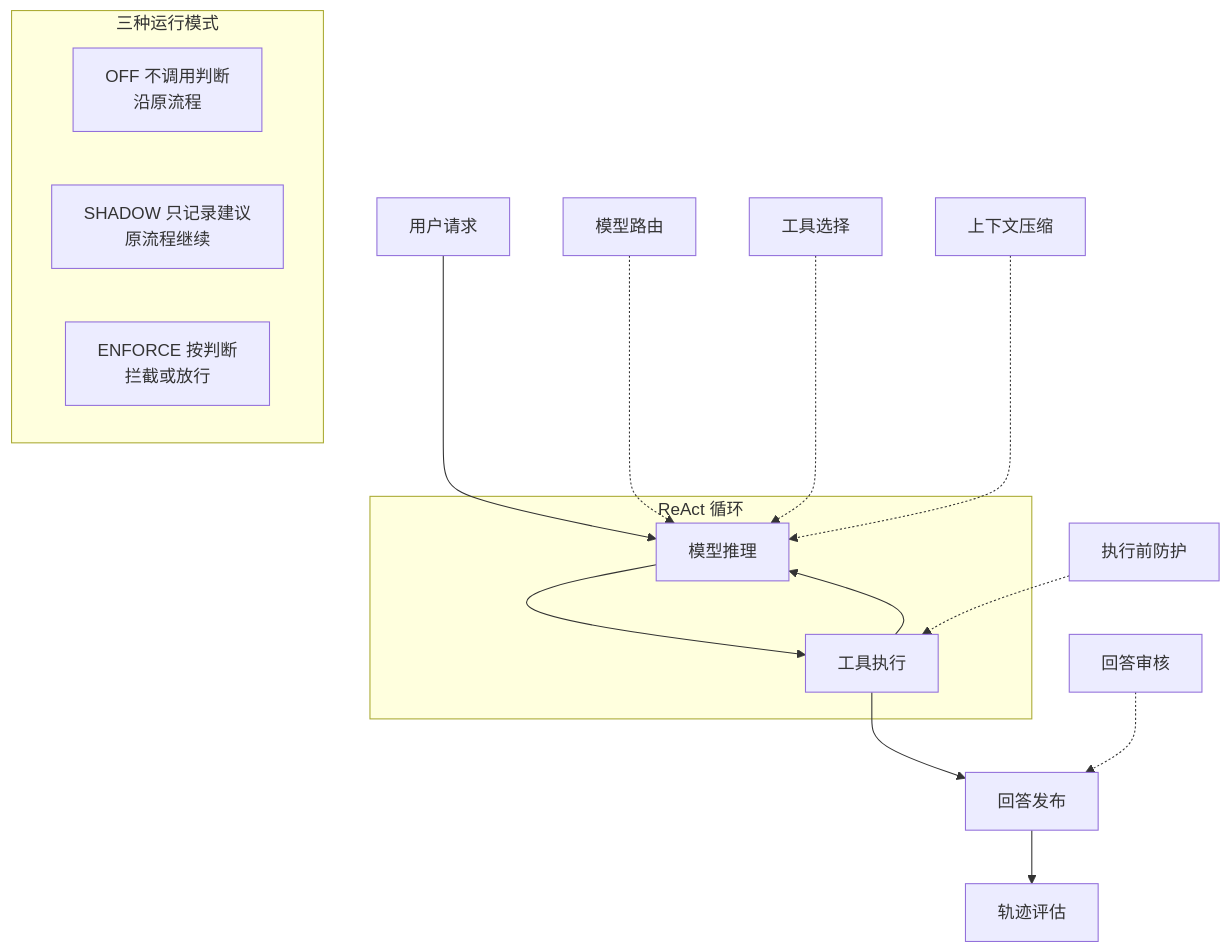
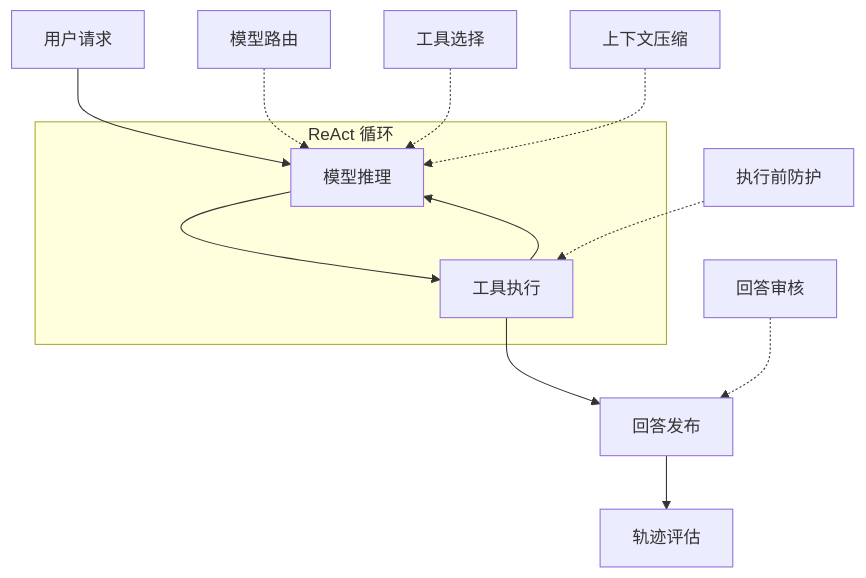
Before and after one commit to ybak/agentscope-2.0-tutorial: the diagram in chapters/35-jev-concepts.md, drawn with Mermaid. The commit also changed other lines of this file, not shown here.

````diff
--- a/chapters/35-jev-concepts.md
+++ b/chapters/35-jev-concepts.md
@@ -86,20 +104,15 @@
 ```mermaid
 flowchart TB
     subgraph LOOP["ReAct 循环"]
         RS["模型推理"] --> ACT["工具执行"]
         ACT --> RS
     end
     REQ["用户请求"] --> RS
     ACT --> PUB["回答发布"]
     PUB --> EV["轨迹评估"]
     R["模型路由"] -.-> RS
     T["工具选择"] -.-> RS
     C["上下文压缩"] -.-> RS
     G["执行前防护"] -.-> ACT
     P["回答审核"] -.-> PUB
-    subgraph MODE["三种运行模式"]
-        M1["OFF 不调用判断<br/>沿原流程"]
-        M2["SHADOW 只记录建议<br/>原流程继续"]
-        M3["ENFORCE 按判断<br/>拦截或放行"]
-    end
 ```
````
